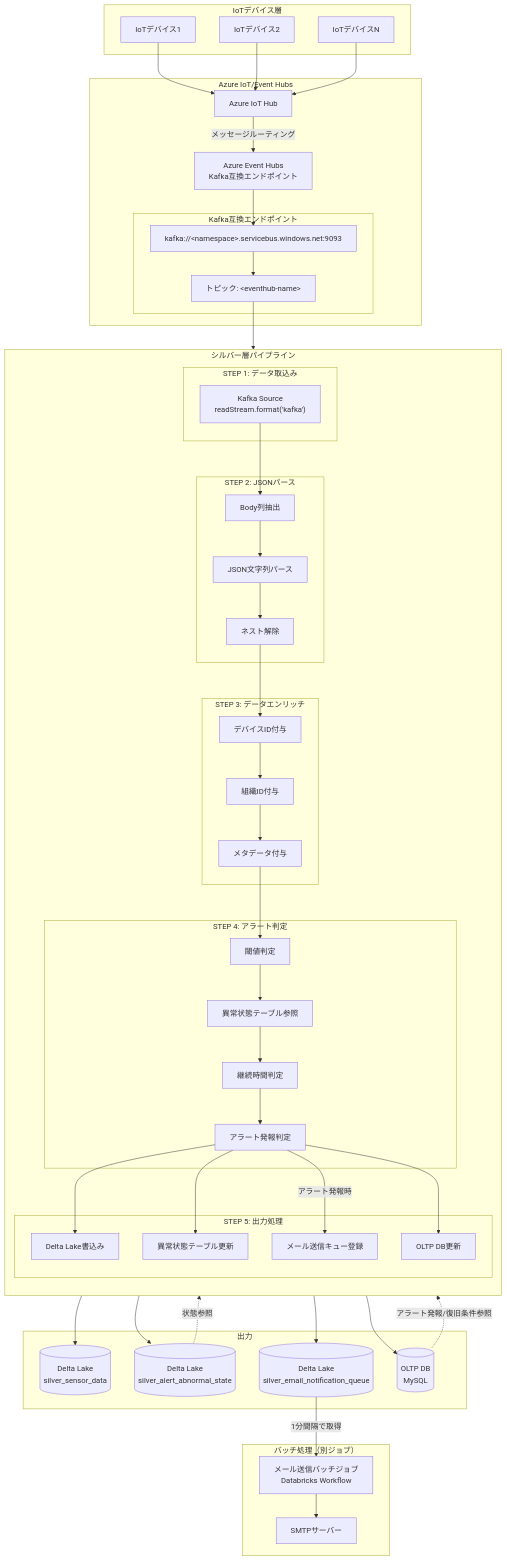
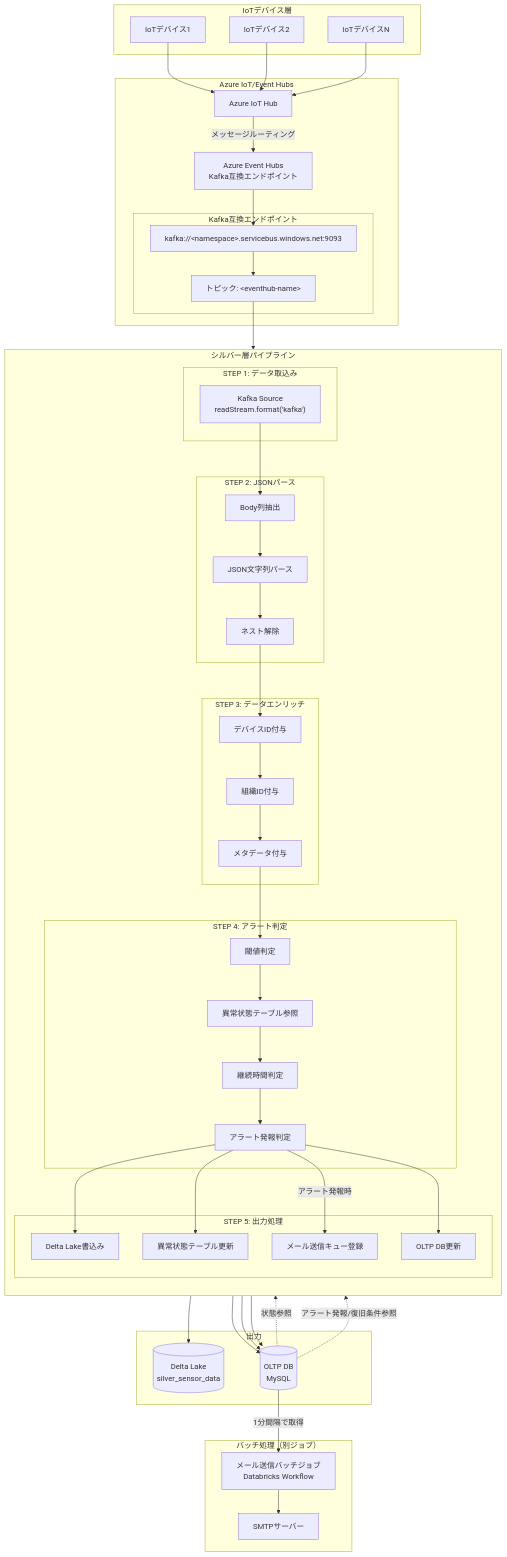
The first of 3 diagrams in docs/03-features/ldp-pipeline/silver-layer/ldp-pipeline-specification.md (NSW-SVCP-AIWG002/Databricks-IoT), drawn with Mermaid before and after one commit. The commit also changed other lines of this file and 5 other files, not shown here.

````diff
--- a/docs/03-features/ldp-pipeline/silver-layer/ldp-pipeline-specification.md
+++ b/docs/03-features/ldp-pipeline/silver-layer/ldp-pipeline-specification.md
@@ -203,8 +203,7 @@
 
     subgraph Output["出力"]
         DL[(Delta Lake<br>silver_sensor_data)]
-        AlertState[(Delta Lake<br>silver_alert_abnormal_state)]
-        EmailQueue[(Delta Lake<br>silver_email_notification_queue)]
+        
         OLTP[(OLTP DB<br>MySQL)]
     end
 
@@ -229,14 +228,14 @@
     Flag -->|アラート発報時| Queue
     Flag --> Update
     Write --> DL
-    StateUpdate --> AlertState
-    Queue --> EmailQueue
+    StateUpdate --> OLTP
+    Queue --> OLTP
     Update --> OLTP
 
-    AlertState -.->|状態参照| StateCheck
+    OLTP -.->|状態参照| StateCheck
 
     OLTP -.->|アラート発報/復旧条件参照| Threshold
 
-    EmailQueue -->|1分間隔で取得| BatchJob
+    OLTP -->|1分間隔で取得| BatchJob
     BatchJob --> SMTP
 ```
````
